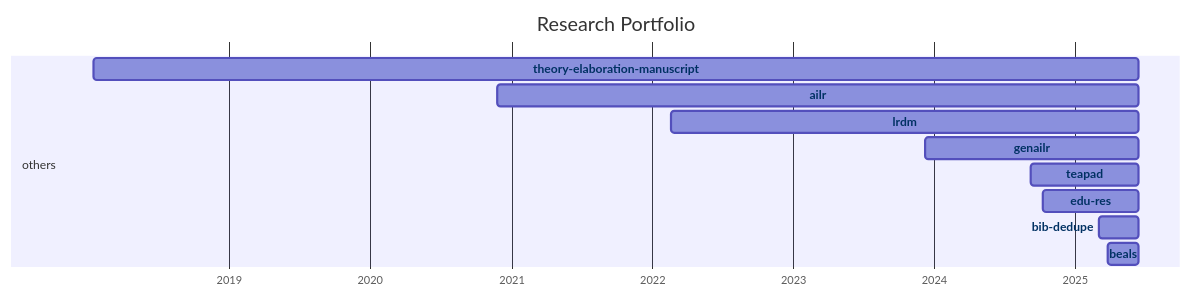
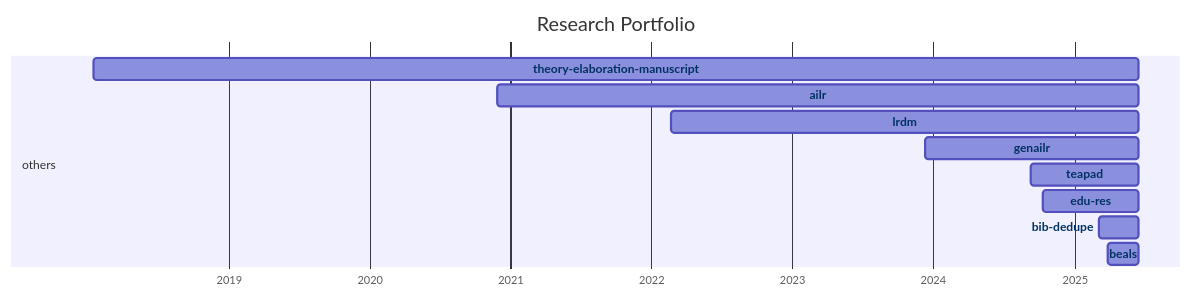
One commit to digital-work-lab/handbook changed the diagram in docs/20-research/25-projects-gantt.md. Above: the diagram before and after it, drawn with Mermaid.

Commit message:
Update repository overview

````diff
--- a/docs/20-research/25-projects-gantt.md
+++ b/docs/20-research/25-projects-gantt.md
@@ -8,35 +8,35 @@
 ```mermaid
 ---
 displayMode: compact
 ---
 gantt
 title Research Portfolio
 dateFormat YYYY-MM-DD
 axisFormat %Y
 
     section work_practices
 
     section distributed_organizing
 
     section knowledge_synthesis
 
     section others
-        beals :beals, 2025-03-28, 2025-06-15
-        bib-dedupe :bib-dedupe, 2025-03-04, 2025-06-15
-        edu-res :edu-res, 2024-10-10, 2025-06-15
-        teapad :teapad, 2024-09-10, 2025-06-15
-        genailr :genailr, 2023-12-10, 2025-06-15
-        lrdm :lrdm, 2022-02-20, 2025-06-15
-        ailr :ailr, 2020-11-26, 2025-06-15
-        theory-elaboration-manuscript :theory-elaboration-manuscript, 2018-01-15, 2025-06-15
+        beals :beals, 2025-03-28, 2025-06-16
+        bib-dedupe :bib-dedupe, 2025-03-04, 2025-06-16
+        edu-res :edu-res, 2024-10-10, 2025-06-16
+        teapad :teapad, 2024-09-10, 2025-06-16
+        genailr :genailr, 2023-12-10, 2025-06-16
+        lrdm :lrdm, 2022-02-20, 2025-06-16
+        ailr :ailr, 2020-11-26, 2025-06-16
+        theory-elaboration-manuscript :theory-elaboration-manuscript, 2018-01-15, 2025-06-16
 
 
     click beals href "{{ site.baseurl }}/docs/20-research/25-projects/_repos/beals"
     click bib-dedupe href "{{ site.baseurl }}/docs/20-research/25-projects/_repos/bib-dedupe"
     click edu-res href "{{ site.baseurl }}/docs/20-research/25-projects/_repos/edu-res"
     click teapad href "{{ site.baseurl }}/docs/20-research/25-projects/_repos/teapad"
     click genailr href "{{ site.baseurl }}/docs/20-research/25-projects/_repos/genailr"
     click lrdm href "{{ site.baseurl }}/docs/20-research/25-projects/_repos/lrdm"
     click ailr href "{{ site.baseurl }}/docs/20-research/25-projects/_repos/ailr"
     click theory-elaboration-manuscript href "{{ site.baseurl }}/docs/20-research/25-projects/_repos/theory-elaboration-manuscript"
 ```
````
